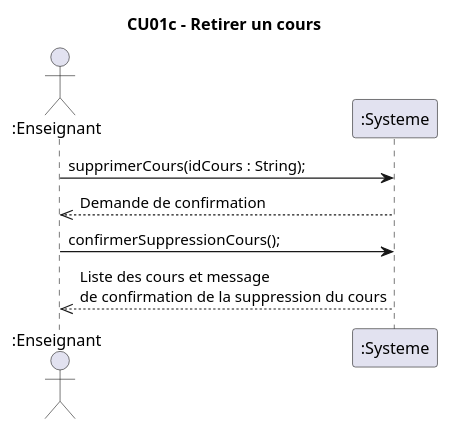
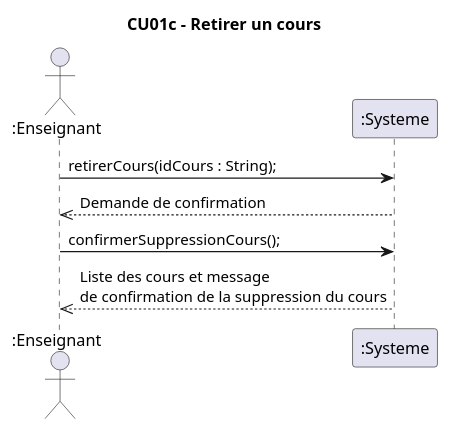
One commit to xMrYahya/moodle-clone changed the diagram in docs/modeles/cu01/dss-retirer-cours.puml. Above: the diagram before and after it, drawn with PlantUML. The commit also changed 2 other files, not shown here.

```diff
--- a/docs/modeles/cu01/dss-retirer-cours.puml
+++ b/docs/modeles/cu01/dss-retirer-cours.puml
@@ -1,14 +1,14 @@
 @startuml
 title CU01c - Retirer un cours
 actor ":Enseignant" as e
 participant ":Systeme" as s
 
-e->s : supprimerCours(idCours : String);
+e->s : retirerCours(idCours : String);
 
 s-->>e : Demande de confirmation
 
 e->s : confirmerSuppressionCours();
 
 s-->>e : Liste des cours et message \nde confirmation de la suppression du cours
 
 @enduml
```
